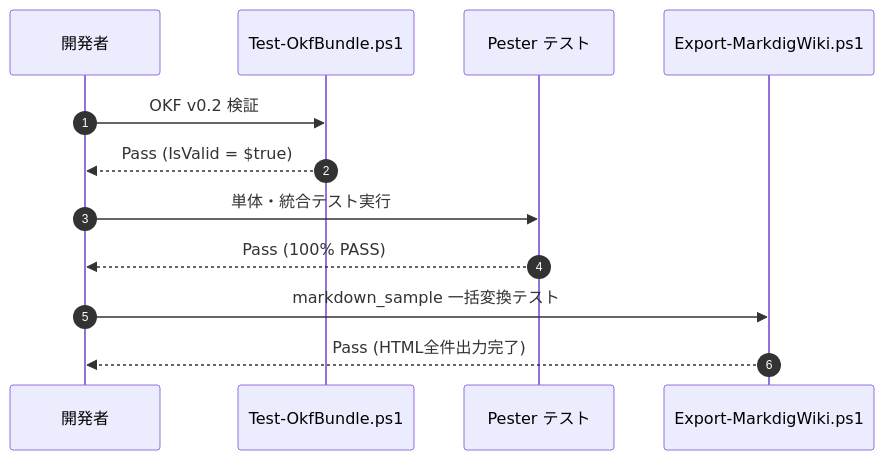
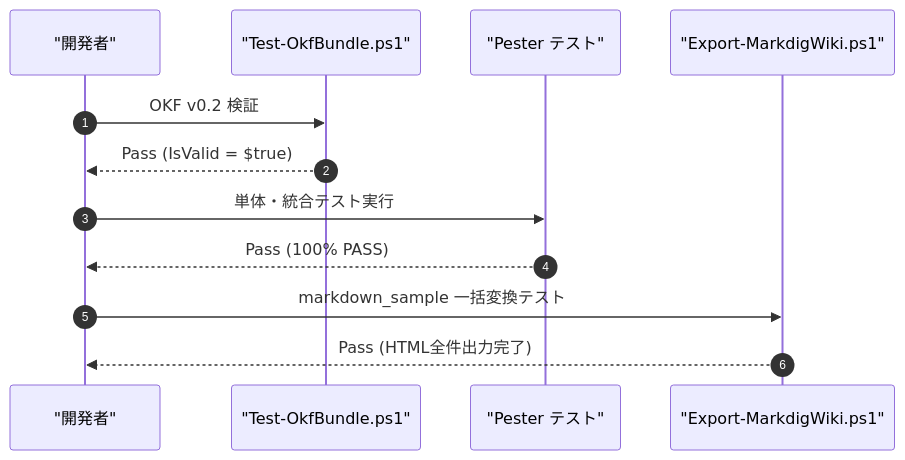
The second of 2 diagrams in markdown_sample/guides/環境構築.md (chottokun/SimpleWiki), drawn with Mermaid before and after one commit. The commit also changed other lines of this file and 4 other files, not shown here.

Commit message:
fix(docs): quote Mermaid diagram labels for strict parser compatibility

````diff
--- a/markdown_sample/guides/環境構築.md
+++ b/markdown_sample/guides/環境構築.md
@@ -70,15 +70,15 @@
 ```mermaid
 sequenceDiagram
     autonumber
-    participant Dev as 開発者
-    participant Test as Test-OkfBundle.ps1
-    participant Pester as Pester テスト
-    participant E2E as Export-MarkdigWiki.ps1
+    participant Dev as "開発者"
+    participant Test as "Test-OkfBundle.ps1"
+    participant Pester as "Pester テスト"
+    participant E2E as "Export-MarkdigWiki.ps1"
 
     Dev->>Test: OKF v0.2 検証
     Test-->>Dev: Pass (IsValid = $true)
     Dev->>Pester: 単体・統合テスト実行
     Pester-->>Dev: Pass (100% PASS)
     Dev->>E2E: markdown_sample 一括変換テスト
     E2E-->>Dev: Pass (HTML全件出力完了)
 ```
````
